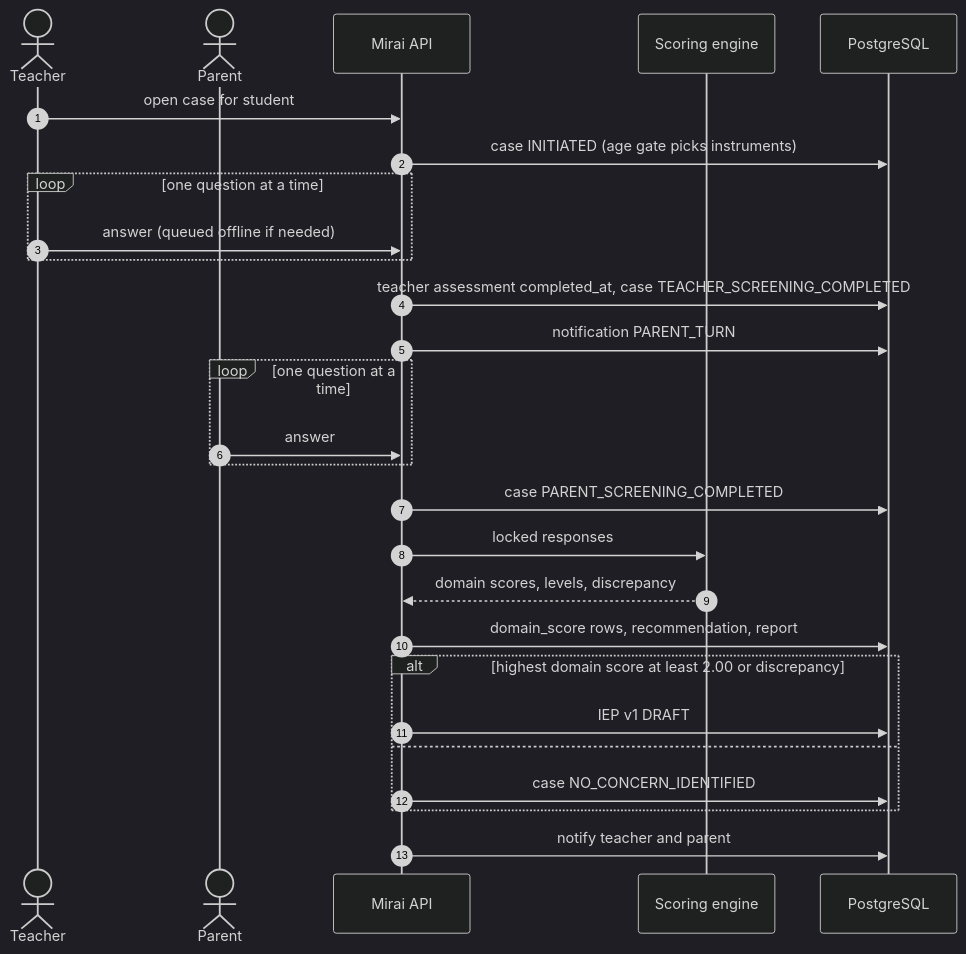
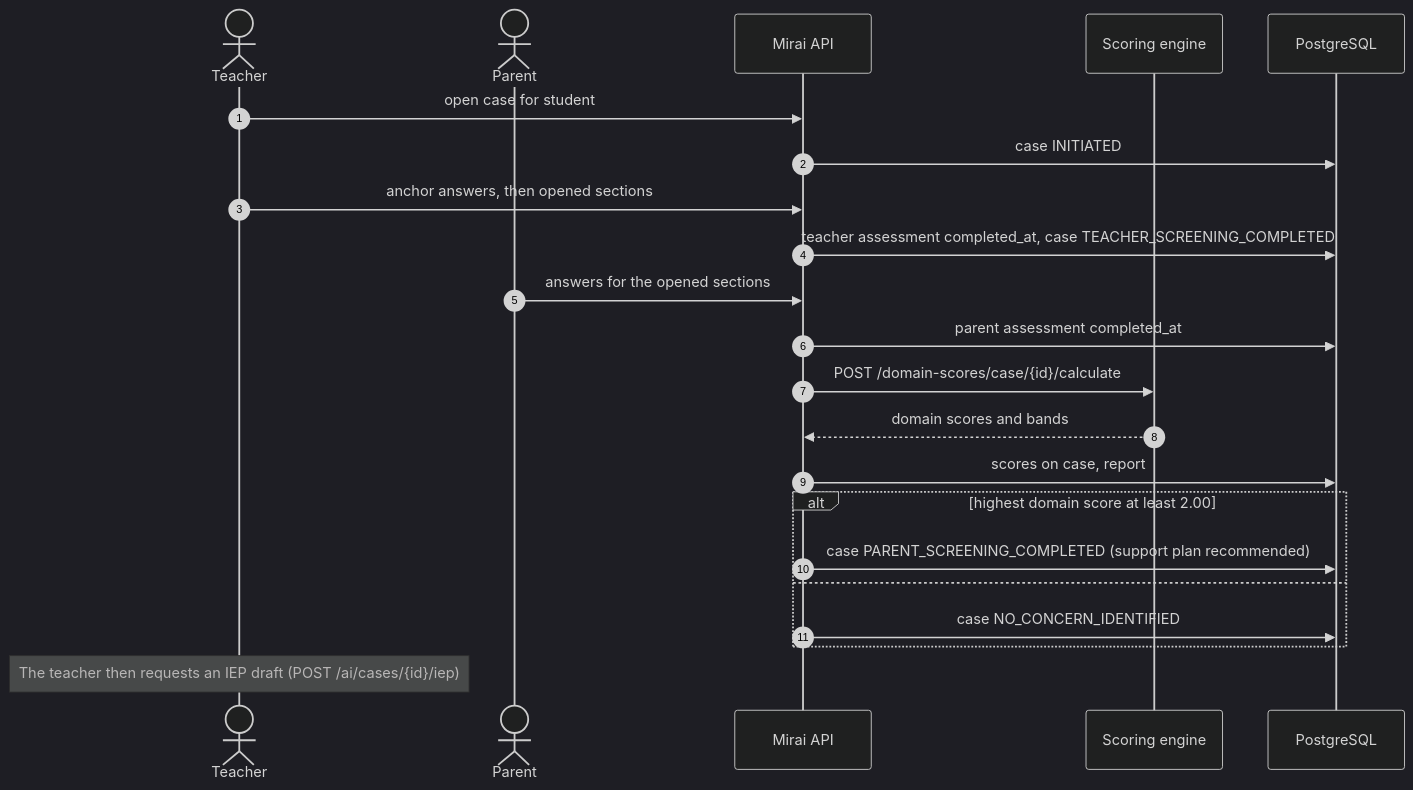
One commit to akirachix/prism-technical-documentation changed the fourth of 6 diagrams in docs/architecture/system-context.md. Above: the diagram before and after it, drawn with Mermaid (dark theme). The commit also changed other lines of this file and 154 other files, not shown here.

````diff
--- a/docs/architecture/system-context.md
+++ b/docs/architecture/system-context.md
@@ -143,30 +136,25 @@
 ```mermaid
 sequenceDiagram
     autonumber
     actor T as Teacher
     actor P as Parent
     participant API as Mirai API
     participant SC as Scoring engine
     participant DB as PostgreSQL
 
     T->>API: open case for student
-    API->>DB: case INITIATED (age gate picks instruments)
-    loop one question at a time
-        T->>API: answer (queued offline if needed)
-    end
+    API->>DB: case INITIATED
+    T->>API: anchor answers, then opened sections
     API->>DB: teacher assessment completed_at, case TEACHER_SCREENING_COMPLETED
-    API->>DB: notification PARENT_TURN
-    loop one question at a time
-        P->>API: answer
-    end
-    API->>DB: case PARENT_SCREENING_COMPLETED
-    API->>SC: locked responses
-    SC-->>API: domain scores, levels, discrepancy
-    API->>DB: domain_score rows, recommendation, report
-    alt highest domain score at least 2.00 or discrepancy
-        API->>DB: IEP v1 DRAFT
+    P->>API: answers for the opened sections
+    API->>DB: parent assessment completed_at
+    API->>SC: POST /domain-scores/case/{id}/calculate
+    SC-->>API: domain scores and bands
+    API->>DB: scores on case, report
+    alt highest domain score at least 2.00
+        API->>DB: case PARENT_SCREENING_COMPLETED (support plan recommended)
     else
         API->>DB: case NO_CONCERN_IDENTIFIED
     end
-    API->>DB: notify teacher and parent
+    Note over T: The teacher then requests an IEP draft (POST /ai/cases/{id}/iep)
 ```
````
